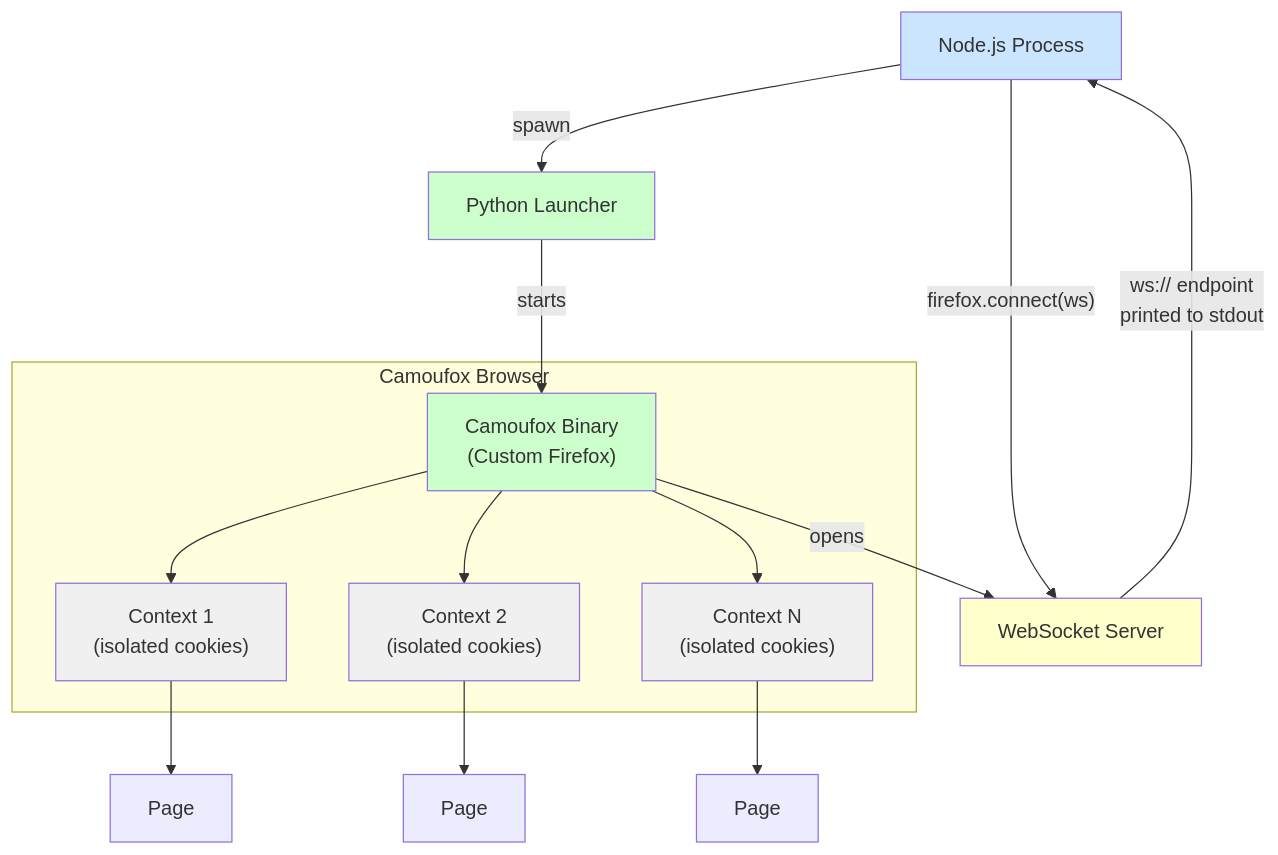
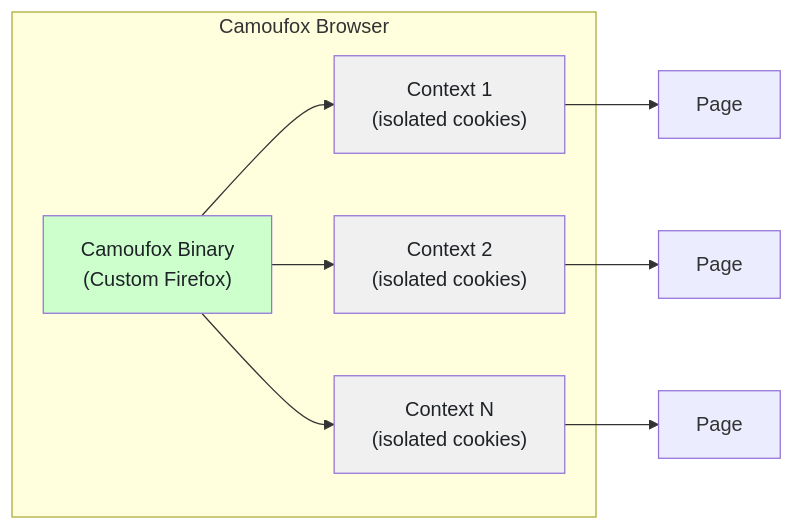
One commit to bytetunnels/bytetunnels.github.com changed the third of 6 diagrams in _posts/2026-02-15-camoufox-with-javascript-browser-automation-without-detection.md. Above: the diagram before and after it, drawn with Mermaid. The commit also changed other lines of this file and 118 other files, not shown here.

Commit message:
feat: improve diagram styling and compact wide flowcharts

````diff
--- a/_posts/2026-02-15-camoufox-with-javascript-browser-automation-without-detection.md
+++ b/_posts/2026-02-15-camoufox-with-javascript-browser-automation-without-detection.md
@@ -357,26 +371,18 @@
 ```mermaid
-graph TD
-    A["Node.js Process"] -->|"spawn"| B["Python Launcher"]
-    B -->|"starts"| C["Camoufox Binary<br>(Custom Firefox)"]
-    C -->|"opens"| D["WebSocket Server"]
-    D -->|"ws:// endpoint<br>printed to stdout"| A
-    A -->|"firefox.connect(ws)"| D
-
+graph LR
     subgraph "Camoufox Browser"
         C --> E["Context 1<br>(isolated cookies)"]
         C --> F["Context 2<br>(isolated cookies)"]
         C --> G["Context N<br>(isolated cookies)"]
     end
 
     E --> H["Page"]
     F --> I["Page"]
     G --> J["Page"]
 
-    style A fill:#cce5ff
-    style B fill:#ccffcc
-    style C fill:#ccffcc
-    style D fill:#ffffcc
-    style E fill:#f0f0f0
-    style F fill:#f0f0f0
-    style G fill:#f0f0f0
+    style C fill:#ccffcc,color:#1f2328
+    style E fill:#f0f0f0,color:#1f2328
+    style F fill:#f0f0f0,color:#1f2328
+    style G fill:#f0f0f0,color:#1f2328
+    C["Camoufox Binary<br>(Custom Firefox)"]
 ```
````
